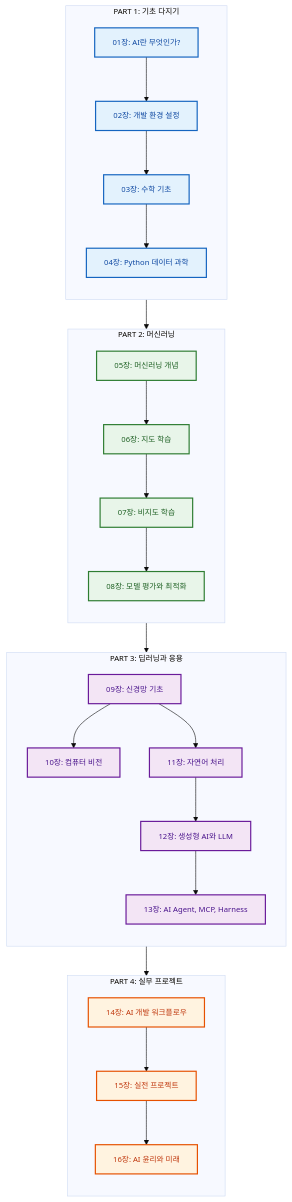
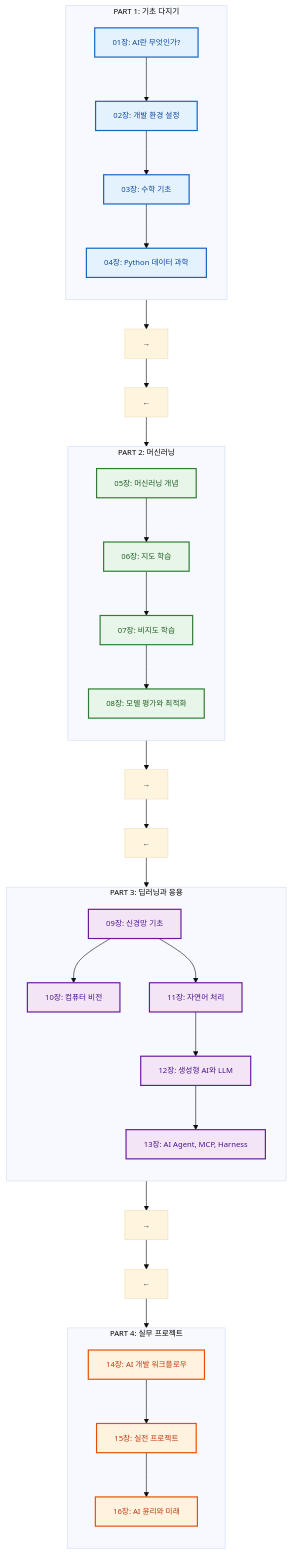
Before and after one commit to jingu279/Document: the second of 19 diagrams in ai-programming/README.md, drawn with Mermaid. The commit also changed other lines of this file and 5 other files, not shown here.

First line of the commit message:
Fix all cross-subgraph Mermaid connections + reserved keywords

````diff
--- a/ai-programming/README.md
+++ b/ai-programming/README.md
@@ -55,50 +54,56 @@
 ```mermaid
 %%{init: {'theme': 'base', 'themeVariables': {'fontSize': '13px'}}}%%
 flowchart TB
   subgraph Part1[PART 1: 기초 다지기]
     direction TB
     Ch01["01장: AI란 무엇인가?"]
     Ch02["02장: 개발 환경 설정"]
     Ch03["03장: 수학 기초"]
     Ch04["04장: Python 데이터 과학"]
   end
-
+  P1_Out["→"]
+  P2_In["←"]
   subgraph Part2[PART 2: 머신러닝]
     direction TB
     Ch05["05장: 머신러닝 개념"]
     Ch06["06장: 지도 학습"]
     Ch07["07장: 비지도 학습"]
     Ch08["08장: 모델 평가와 최적화"]
   end
-
+  P2_Out["→"]
+  P3_In["←"]
   subgraph Part3[PART 3: 딥러닝과 응용]
     direction TB
     Ch09["09장: 신경망 기초"]
     Ch10["10장: 컴퓨터 비전"]
     Ch11["11장: 자연어 처리"]
     Ch12["12장: 생성형 AI와 LLM"]
     Ch13["13장: AI Agent, MCP, Harness"]
   end
-
+  P3_Out["→"]
+  P4_In["←"]
   subgraph Part4[PART 4: 실무 프로젝트]
     direction TB
     Ch14["14장: AI 개발 워크플로우"]
     Ch15["15장: 실전 프로젝트"]
     Ch16["16장: AI 윤리와 미래"]
   end
 
-  Ch01 --> Ch02 --> Ch03 --> Ch04
-  Ch04 --> Ch05 --> Ch06 --> Ch07 --> Ch08
-  Ch08 --> Ch09 --> Ch10
-  Ch09 --> Ch11 --> Ch12
-  Ch12 --> Ch13 --> Ch14 --> Ch15 --> Ch16
+  Ch01 --> Ch02 --> Ch03 --> Ch04 --> P1_Out
+  P2_In --> Ch05 --> Ch06 --> Ch07 --> Ch08 --> P2_Out
+  P3_In --> Ch09 --> Ch10
+  Ch09 --> Ch11 --> Ch12 --> Ch13 --> P3_Out
+  P4_In --> Ch14 --> Ch15 --> Ch16
+  P1_Out --> P2_In
+  P2_Out --> P3_In
+  P3_Out --> P4_In
 
   classDef p1 fill:#e3f2fd,stroke:#1565c0,stroke-width:2px,color:#0d47a1
   classDef p2 fill:#e8f5e9,stroke:#2e7d32,stroke-width:2px,color:#1b5e20
   classDef p3 fill:#f3e5f5,stroke:#6a1b9a,stroke-width:2px,color:#4a148c
   classDef p4 fill:#fff3e0,stroke:#e65100,stroke-width:2px,color:#bf360c
   class Ch01,Ch02,Ch03,Ch04 p1
   class Ch05,Ch06,Ch07,Ch08 p2
   class Ch09,Ch10,Ch11,Ch12,Ch13 p3
   class Ch14,Ch15,Ch16 p4
 ```
````
